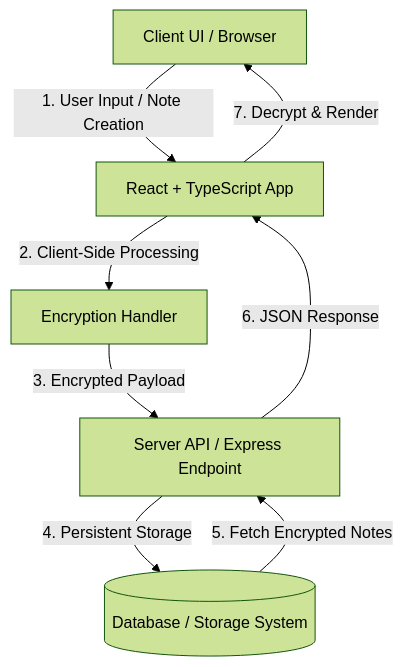
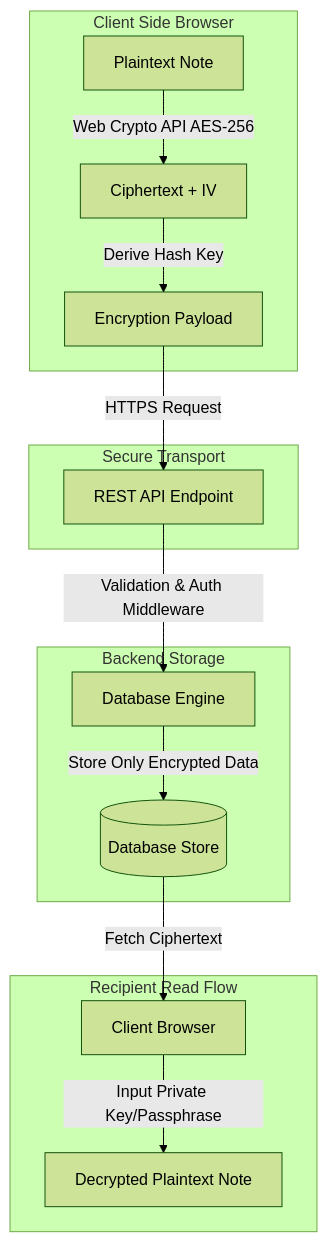
One commit to auysh8/notes-app changed the diagram in README.md. Above: the diagram before and after it, drawn with Mermaid (forest theme). The commit also changed other lines of this file, not shown here.

````diff
--- a/README.md
+++ b/README.md
@@ -54,10 +74,21 @@
 ```mermaid
 graph TD
-    A[Client UI / Browser] -->|1. User Input / Note Creation| B[React + TypeScript App]
-    B -->|2. Client-Side Processing| C[Encryption Handler]
-    C -->|3. Encrypted Payload| D[Server API / Express Endpoint]
-    D -->|4. Persistent Storage| E[(Database / Storage System)]
-    E -->|5. Fetch Encrypted Notes| D
-    D -->|6. JSON Response| B
-    B -->|7. Decrypt & Render| A
+    subgraph Client [Client Side Browser]
+        A[Plaintext Note] -->|Web Crypto API AES-256| B[Ciphertext + IV]
+        B -->|Derive Hash Key| C[Encryption Payload]
+    end
+
+    subgraph Transport [Secure Transport]
+        C -->|HTTPS Request| D[REST API Endpoint]
+    end
+
+    subgraph Server [Backend Storage]
+        D -->|Validation & Auth Middleware| E[Database Engine]
+        E -->|Store Only Encrypted Data| F[(Database Store)]
+    end
+
+    subgraph Decryption [Recipient Read Flow]
+        F -->|Fetch Ciphertext| G[Client Browser]
+        G -->|Input Private Key/Passphrase| H[Decrypted Plaintext Note]
+    end
 ```
````
